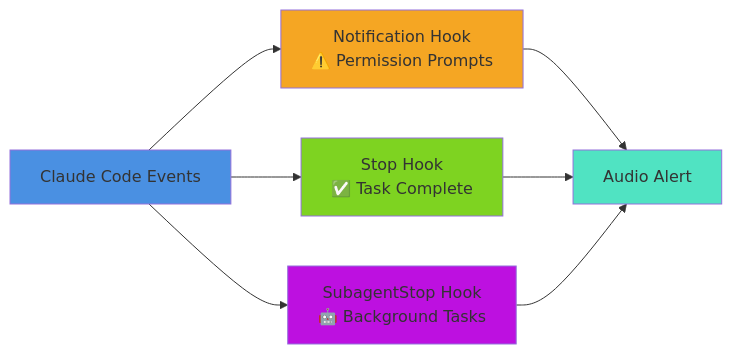
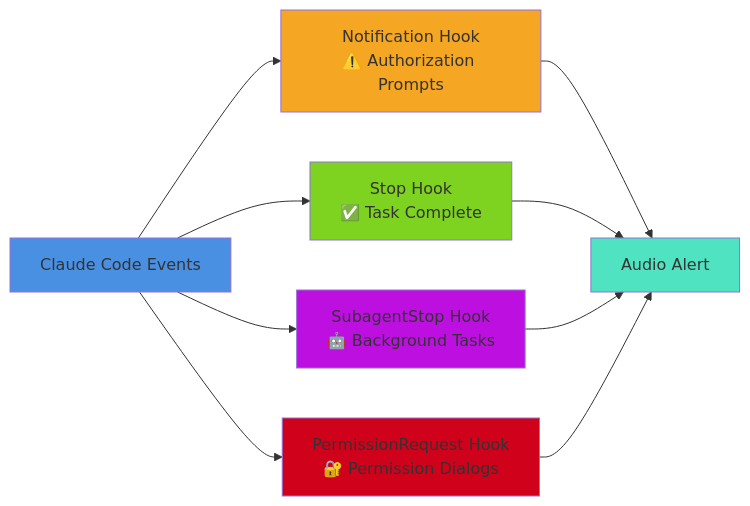
One commit to tozaki1545atebau/claude-code-audio-hooks changed the fourth of 5 diagrams in README.md. Above: the diagram before and after it, drawn with Mermaid. The commit also changed other lines of this file and 5 other files, not shown here.

First line of the commit message:
docs: update all documentation for PermissionRequest hook (v4.1.1)

````diff
--- a/README.md
+++ b/README.md
@@ -429,16 +430,19 @@
 ```mermaid
 graph LR
-    A[Claude Code Events] --> B[Notification Hook<br/>⚠️ Permission Prompts]
+    A[Claude Code Events] --> B[Notification Hook<br/>⚠️ Authorization Prompts]
     A --> C[Stop Hook<br/>✅ Task Complete]
     A --> D[SubagentStop Hook<br/>🤖 Background Tasks]
+    A --> F[PermissionRequest Hook<br/>🔐 Permission Dialogs]
 
     B --> E[Audio Alert]
     C --> E
     D --> E
+    F --> E
 
     style A fill:#4A90E2
     style B fill:#F5A623
     style C fill:#7ED321
     style D fill:#BD10E0
+    style F fill:#D0021B
     style E fill:#50E3C2
 ```
````
